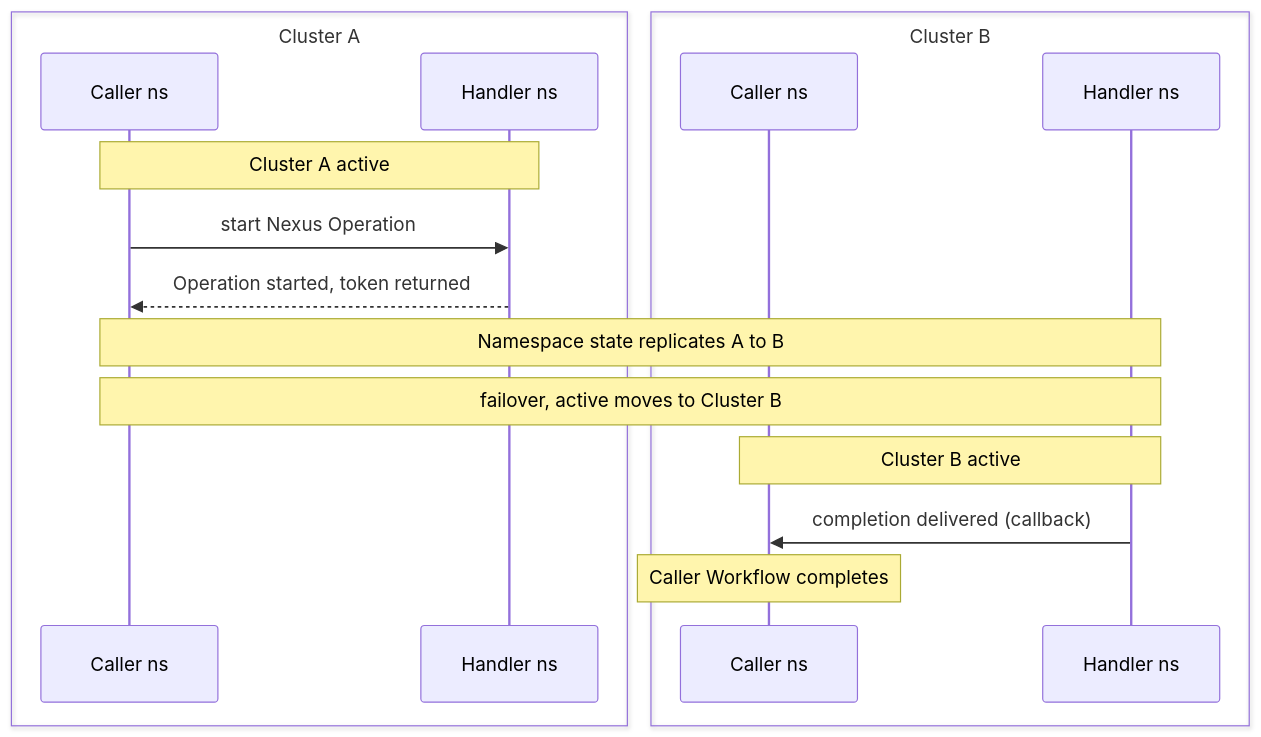
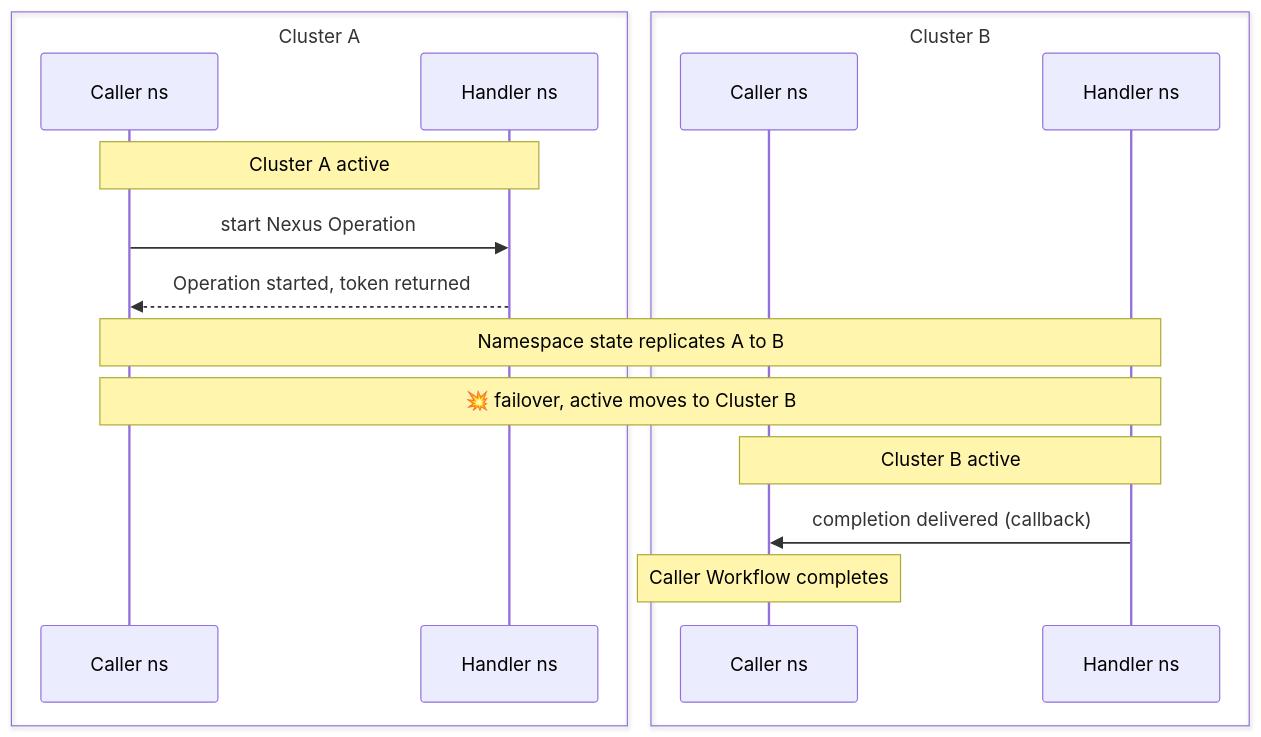
One commit to temporalio/documentation changed the diagram in docs/production-deployment/self-hosted-guide/temporal-nexus.mdx. Above: the diagram before and after it, drawn with Mermaid.

Commit message:
Add boom emoji to the failover note in the diagram

````diff
--- a/docs/production-deployment/self-hosted-guide/temporal-nexus.mdx
+++ b/docs/production-deployment/self-hosted-guide/temporal-nexus.mdx
@@ -141,19 +141,19 @@
 ```mermaid
 sequenceDiagram
     box Cluster A
     participant caA as Caller ns
     participant haA as Handler ns
     end
     box Cluster B
     participant caB as Caller ns
     participant haB as Handler ns
     end
     Note over caA,haA: Cluster A active
     caA->>haA: start Nexus Operation
     haA-->>caA: Operation started, token returned
     Note over caA,haB: Namespace state replicates A to B
-    Note over caA,haB: failover, active moves to Cluster B
+    Note over caA,haB: 💥 failover, active moves to Cluster B
     Note over caB,haB: Cluster B active
     haB->>caB: completion delivered (callback)
     Note over caB: Caller Workflow completes
 ```
````
